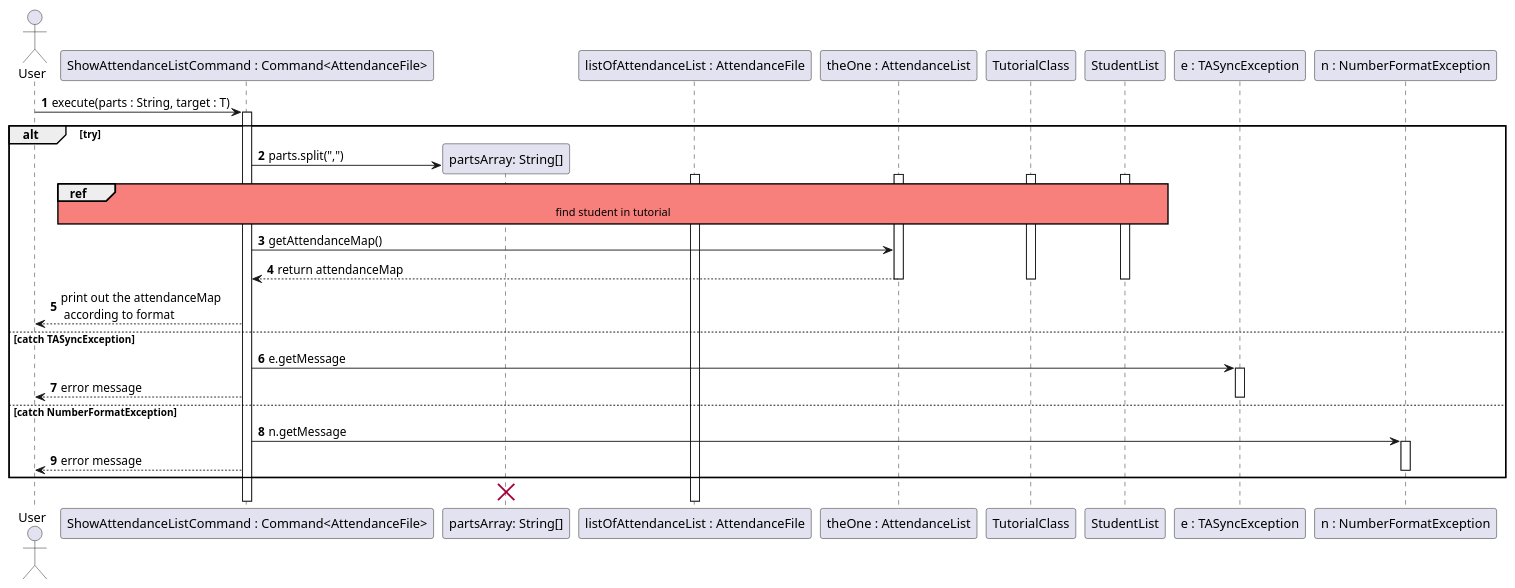
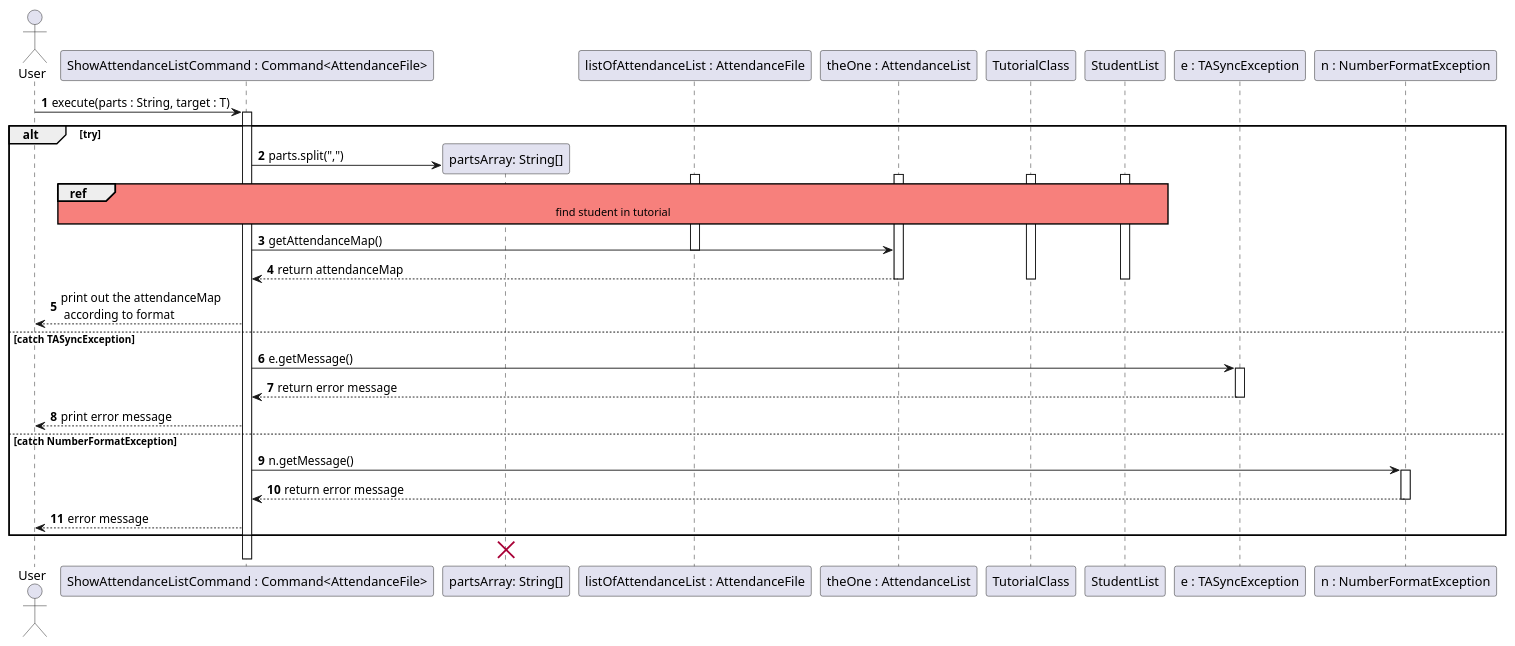
One commit to wongyihao02/tp changed the diagram in docs/diagrams/attendancelistcommands/ShowAttendanceListCommand.puml. Above: the diagram before and after it, drawn with PlantUML. The commit also changed 22 other files, not shown here.

Commit message:
added success message printing for attendance list commands that prev printed nothing.Updated seq diagrams , UG and DG for attendancelist commands

```diff
--- a/docs/diagrams/attendancelistcommands/ShowAttendanceListCommand.puml
+++ b/docs/diagrams/attendancelistcommands/ShowAttendanceListCommand.puml
@@ -1,55 +1,61 @@
 @startuml
 'https://plantuml.com/sequence-diagram
 
 autonumber
 actor User
 participant "ShowAttendanceListCommand : Command<AttendanceFile>" as command
 participant "partsArray: String[]" as parts
 participant "listOfAttendanceList : AttendanceFile" as listOfAttendanceList
 participant "theOne : AttendanceList" as theOne
 participant "TutorialClass" as tutorialClass
 participant "StudentList" as studentList
 participant "e : TASyncException" as e
 participant "n : NumberFormatException" as n
 
 skinparam sequenceReferenceBackgroundColor #f7807c
 
 User -> command : execute(parts : String, target : T)
 activate command
 alt try
 
 create parts
 command -> parts : parts.split(",")
+activate listOfAttendanceList
 ref over command, listOfAttendanceList, theOne, tutorialClass, studentList
 find student in tutorial
 end ref
 
-activate listOfAttendanceList
+
 activate tutorialClass
 activate studentList
 activate theOne
 command -> theOne : getAttendanceMap()
+deactivate listOfAttendanceList
 theOne --> command : return attendanceMap
+
 deactivate theOne
 deactivate tutorialClass
 deactivate studentList
 command --> User : print out the attendanceMap\n according to format
 
 else catch TASyncException
 
 
-    command -> e : e.getMessage
+    command -> e : e.getMessage()
     activate e
-    command --> User  : error message
+    e --> command : return error message
     deactivate e
+    command --> User  : print error message
 
     else catch NumberFormatException
-     command -> n : n.getMessage
+     command -> n : n.getMessage()
      activate n
+     n --> command : return error message
+     deactivate n
      command --> User : error message
-     deactivate n
+
 end
 destroy parts
 
 
 @enduml
```
